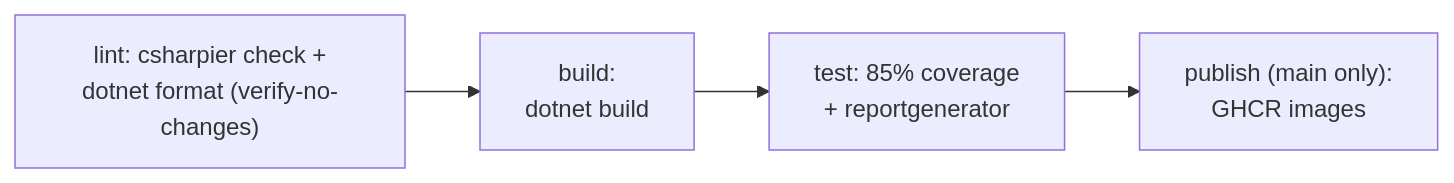
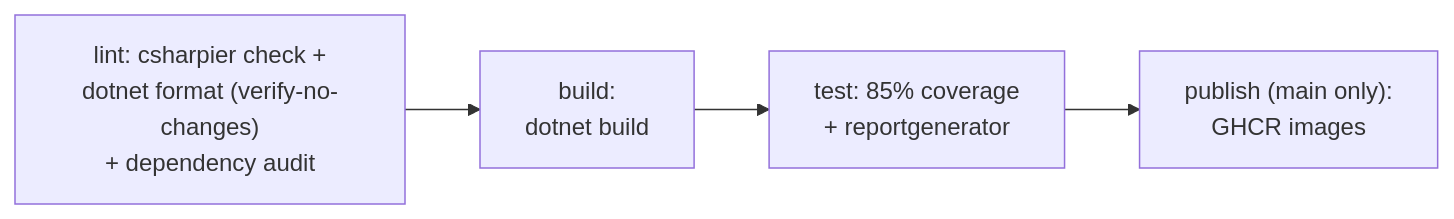
Before and after one commit to davwales/ouranos-pantheon: the second of 2 diagrams in docs/architecture/07-deployment-view.md, drawn with Mermaid. The commit also changed other lines of this file and 20 other files, not shown here.

````diff
--- a/docs/architecture/07-deployment-view.md
+++ b/docs/architecture/07-deployment-view.md
@@ -83,6 +91,6 @@
 ```mermaid
 graph LR
-    lint["lint: csharpier check +<br/>dotnet format (verify-no-changes)"] --> build["build:<br/>dotnet build"]
+    lint["lint: csharpier check +<br/>dotnet format (verify-no-changes)<br/>+ dependency audit"] --> build["build:<br/>dotnet build"]
     build --> test["test: 85% coverage<br/>+ reportgenerator"]
     test --> publish["publish (main only):<br/>GHCR images"]
 ```
````
